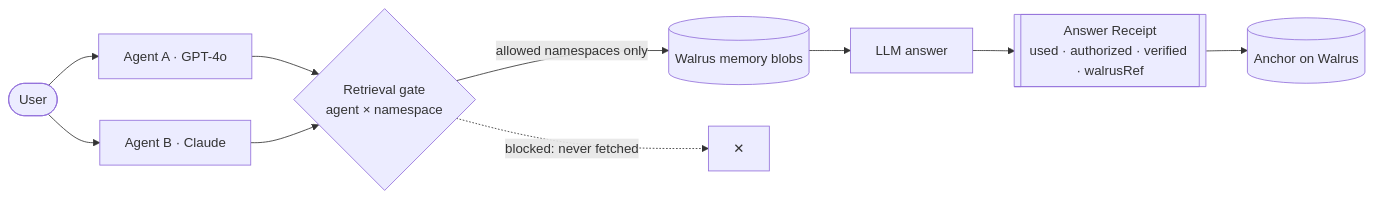
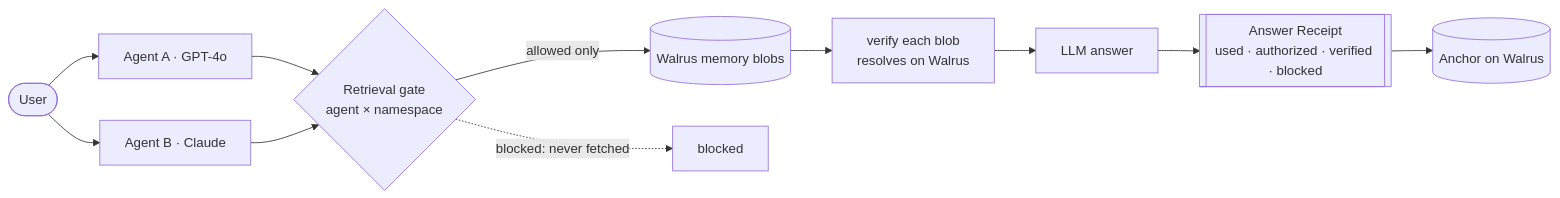
The first of 2 diagrams in README.md (Enoch208/carry), drawn with Mermaid before and after one commit. The commit also changed other lines of this file, not shown here.

Commit message:
docs: update README with enhanced project description, demo details, and proof-carrying memory features

````diff
--- a/README.md
+++ b/README.md
@@ -42,12 +73,13 @@
 ```mermaid
 flowchart LR
-  U([User]) --> A[Agent A · GPT-4o]
-  U --> B[Agent B · Claude]
-  A --> G{Retrieval gate<br/>agent × namespace}
-  B --> G
-  G -->|allowed namespaces only| M[(Walrus memory blobs)]
-  G -.->|blocked: never fetched| X[ ✕ ]
-  M --> L[LLM answer]
-  L --> R[[Answer Receipt<br/>used · authorized · verified · walrusRef]]
-  R --> W[(Anchor on Walrus)]
+    U([User]) --> A[Agent A · GPT-4o]
+    U --> B[Agent B · Claude]
+    A --> G{Retrieval gate<br/>agent × namespace}
+    B --> G
+    G -->|allowed only| M[(Walrus memory blobs)]
+    G -.->|blocked: never fetched| X[blocked]
+    M --> V[verify each blob<br/>resolves on Walrus]
+    V --> L[LLM answer]
+    L --> R[["Answer Receipt<br/>used · authorized · verified · blocked"]]
+    R --> AN[(Anchor on Walrus)]
 ```
````
